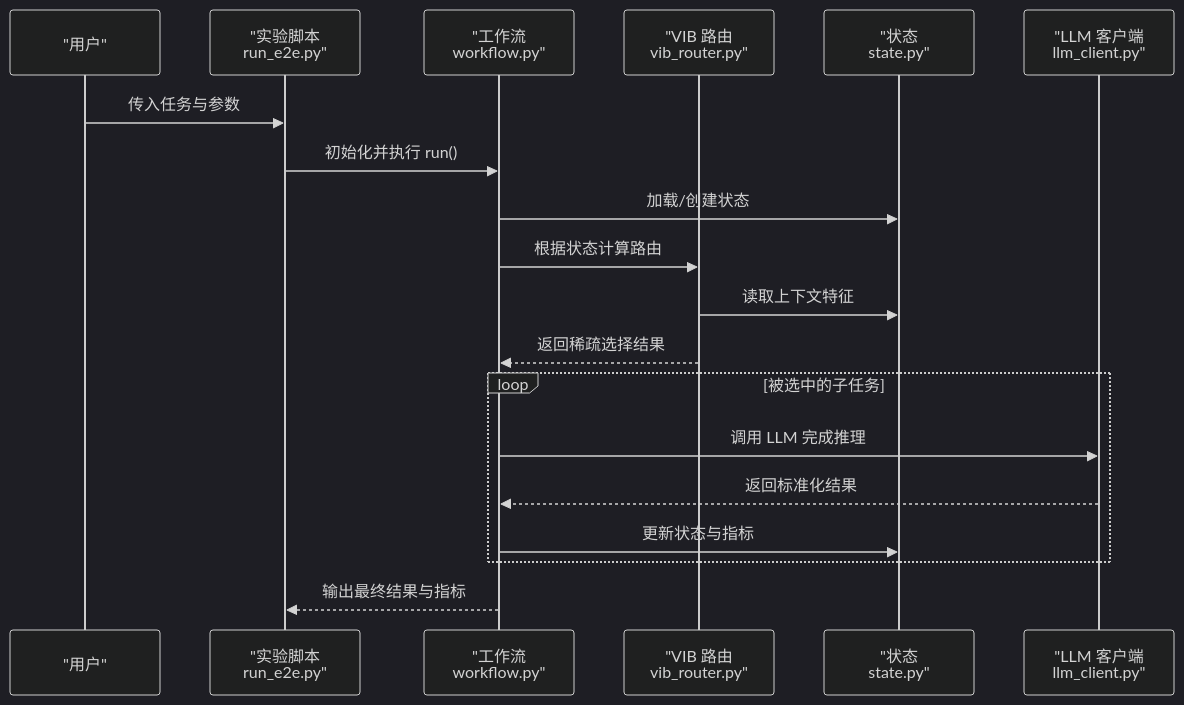
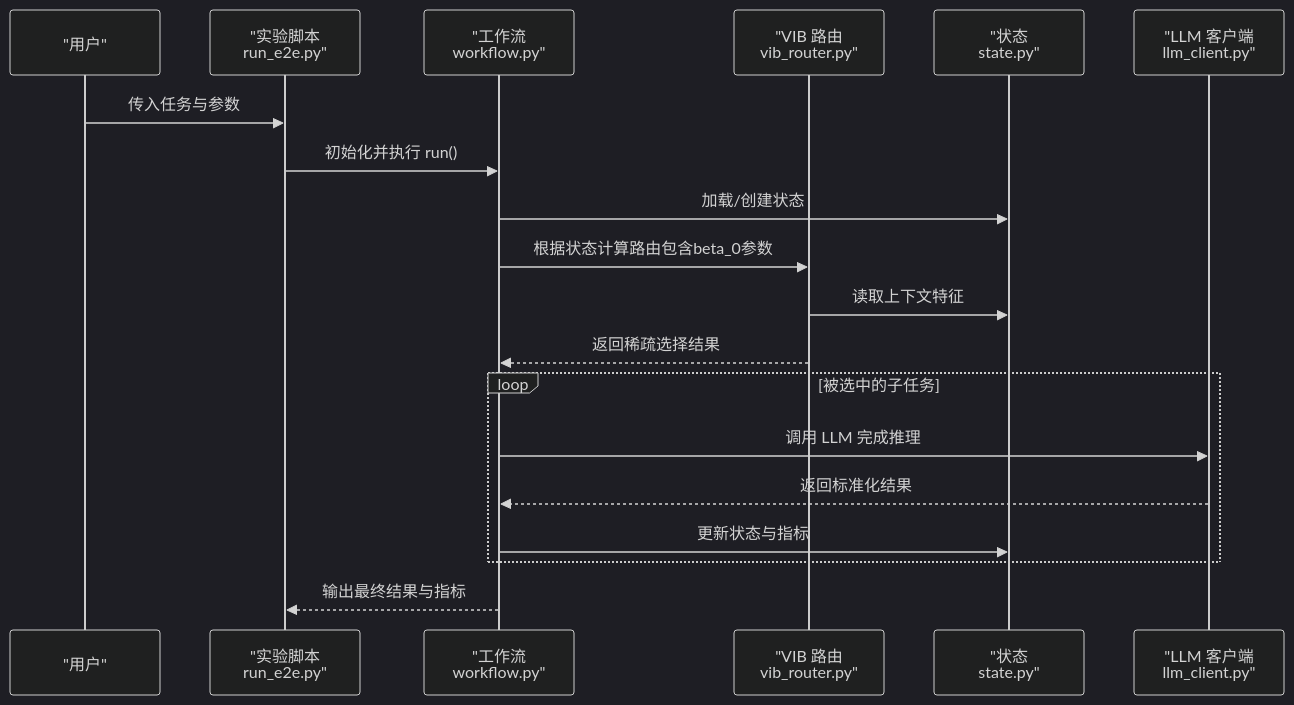
The second of 5 diagrams in .qoder/repowiki/zh/content/核心架构/实验框架/实验框架.md (QuStarry/VIB-SparseCommunication), drawn with Mermaid (dark theme) before and after one commit. The commit also changed other lines of this file and 32 other files, not shown here.

````diff
--- a/.qoder/repowiki/zh/content/核心架构/实验框架/实验框架.md
+++ b/.qoder/repowiki/zh/content/核心架构/实验框架/实验框架.md
@@ -133,21 +134,21 @@
 ```mermaid
 sequenceDiagram
 participant User as "用户"
 participant Exp as "实验脚本<br/>run_e2e.py"
 participant WF as "工作流<br/>workflow.py"
 participant R as "VIB 路由<br/>vib_router.py"
 participant S as "状态<br/>state.py"
 participant C as "LLM 客户端<br/>llm_client.py"
 User->>Exp : 传入任务与参数
 Exp->>WF : 初始化并执行 run()
 WF->>S : 加载/创建状态
-WF->>R : 根据状态计算路由
+WF->>R : 根据状态计算路由包含beta_0参数
 R->>S : 读取上下文特征
 R-->>WF : 返回稀疏选择结果
 loop 被选中的子任务
 WF->>C : 调用 LLM 完成推理
 C-->>WF : 返回标准化结果
 WF->>S : 更新状态与指标
 end
 WF-->>Exp : 输出最终结果与指标
 ```
````
